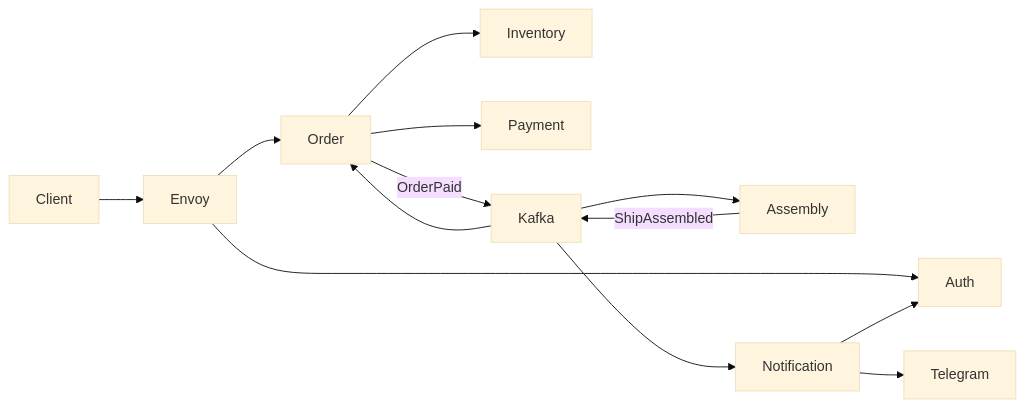
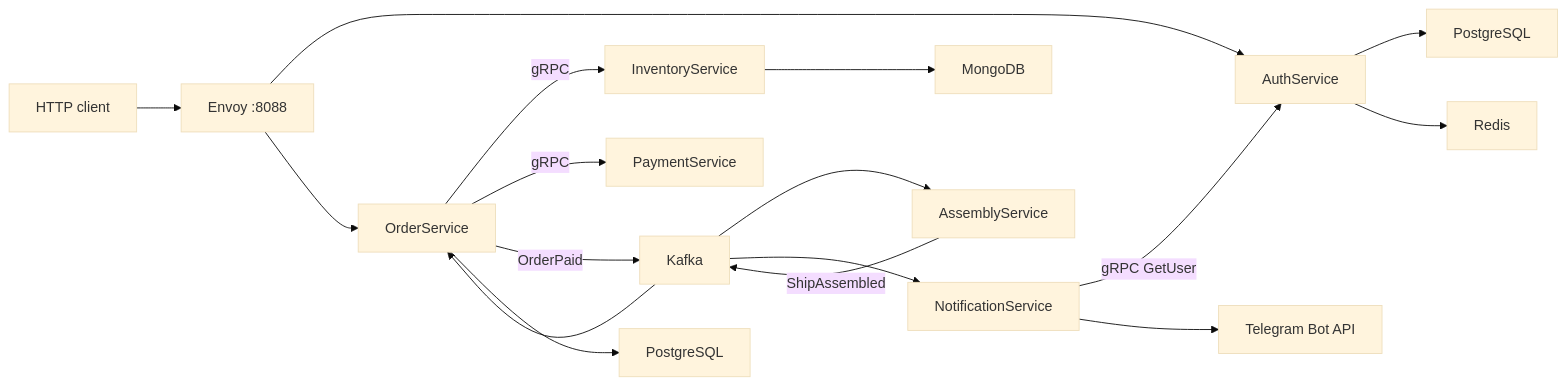
Before and after one commit to jefrryss/go-grpc-microservices: the diagram in Readme.md, drawn with Mermaid (base theme). The commit also changed other lines of this file, not shown here.

````diff
--- a/Readme.md
+++ b/Readme.md
@@ -9,15 +25,23 @@
 ```mermaid
 flowchart LR
-    Client --> Envoy
-    Envoy --> Auth
-    Envoy --> Order
-    Order --> Inventory
-    Order --> Payment
-    Order -- OrderPaid --> Kafka
-    Kafka --> Assembly
-    Assembly -- ShipAssembled --> Kafka
+    Client["HTTP client"] --> Envoy["Envoy :8088"]
+    Envoy --> Auth["AuthService"]
+    Envoy --> Order["OrderService"]
+
+    Order -->|gRPC| Inventory["InventoryService"]
+    Order -->|gRPC| Payment["PaymentService"]
+    Order -->|OrderPaid| Kafka["Kafka"]
+
+    Kafka --> Assembly["AssemblyService"]
+    Assembly -->|ShipAssembled| Kafka
     Kafka --> Order
-    Kafka --> Notification
-    Notification --> Auth
-    Notification --> Telegram
+    Kafka --> Notification["NotificationService"]
+
+    Notification -->|gRPC GetUser| Auth
+    Notification --> Telegram["Telegram Bot API"]
+
+    Auth --> AuthDB["PostgreSQL"]
+    Auth --> Redis["Redis"]
+    Order --> OrderDB["PostgreSQL"]
+    Inventory --> MongoDB["MongoDB"]
 ```
````
